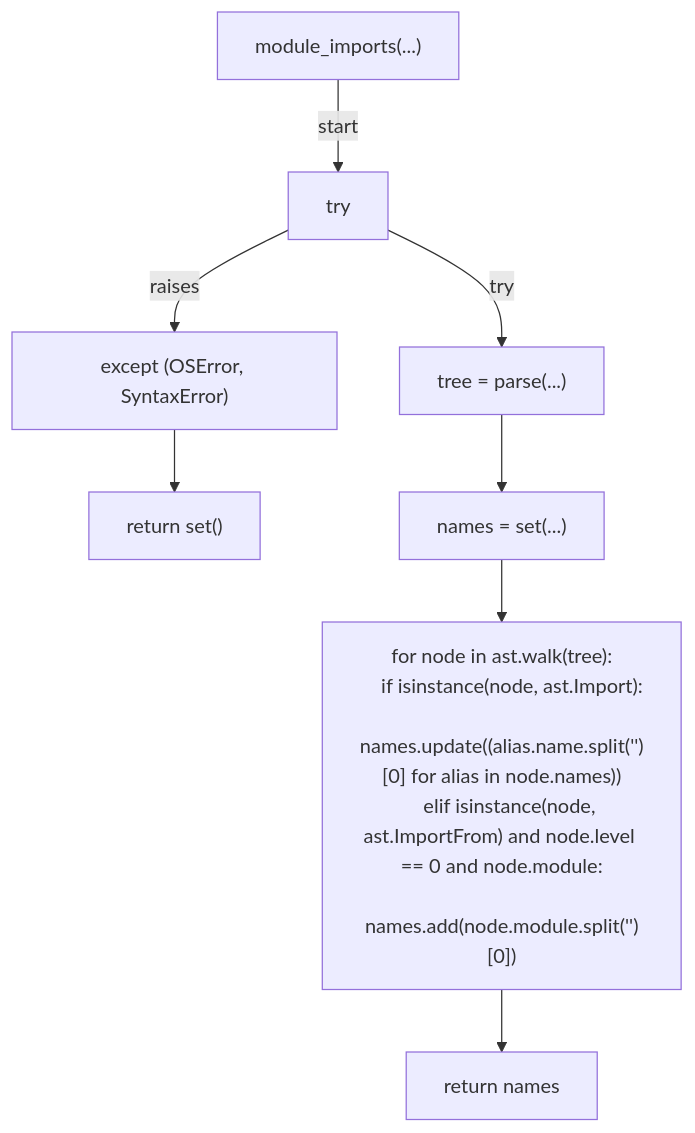
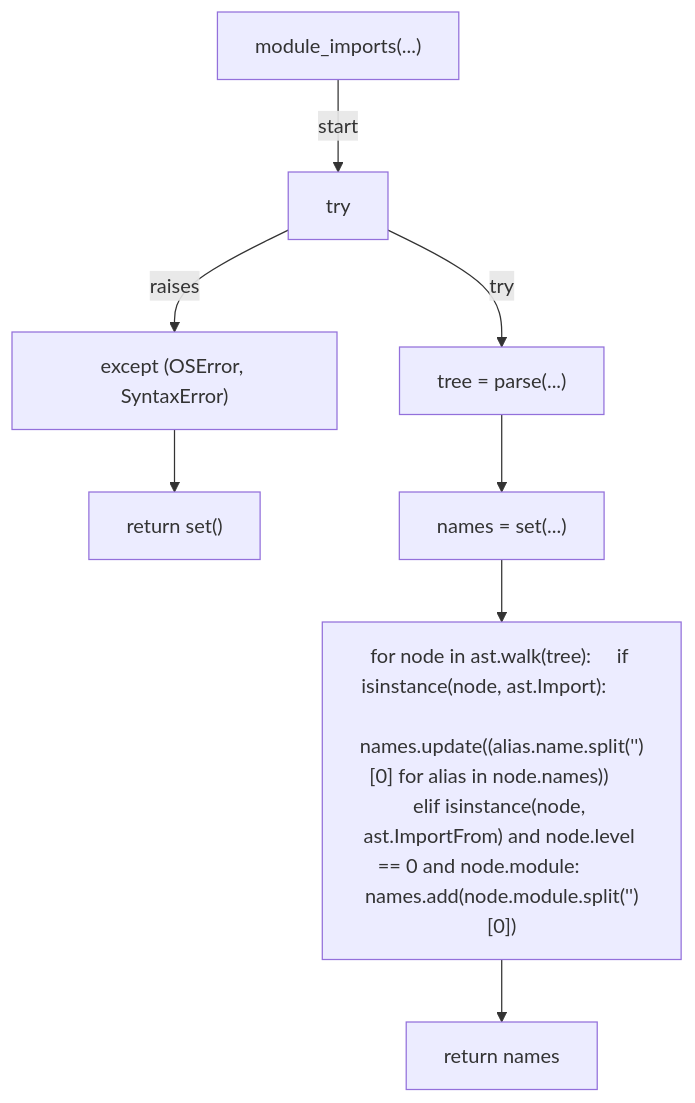
The fourth of 12 diagrams in docs/generated/scripts/ast/scan_test_presence_drift.md (tvna/claude-md), drawn with Mermaid before and after one commit. The commit also changed other lines of this file and 23 other files, not shown here.

First line of the commit message:
docs(generated): regenerate decision tree and workflow diagrams (batch 4/5)

````diff
--- a/docs/generated/scripts/ast/scan_test_presence_drift.md
+++ b/docs/generated/scripts/ast/scan_test_presence_drift.md
@@ -41,22 +41,18 @@
 ```mermaid
 flowchart TD
     N001["module_imports(...)"]
     N002["try"]
     N003["tree = parse(...)"]
     N004["except (OSError, SyntaxError)"]
     N005["return set()"]
     N006["names = set(...)"]
-    N007["for node in ast.walk(tree):
-    if isinstance(node, ast.Import):
-        names.update((alias.name.split('<str>')[0] for alias in node.names))
-    elif isinstance(node, ast.ImportFrom) and node.level == 0 and node.module:
-        names.add(node.module.split('<str>')[0])"]
+    N007["for node in ast.walk(tree):     if isinstance(node, ast.Import):         names.update((alias.name.split('<str>')[0] for alias in node.names))     elif isinstance(node, ast.ImportFrom) and node.level == 0 and node.module:         names.add(node.module.split('<str>')[0])"]
     N008["return names"]
     N001 -->|"start"| N002
     N002 -->|"try"| N003
     N002 -->|"raises"| N004
     N004 --> N005
     N003 --> N006
     N006 --> N007
     N007 --> N008
 ```
````
